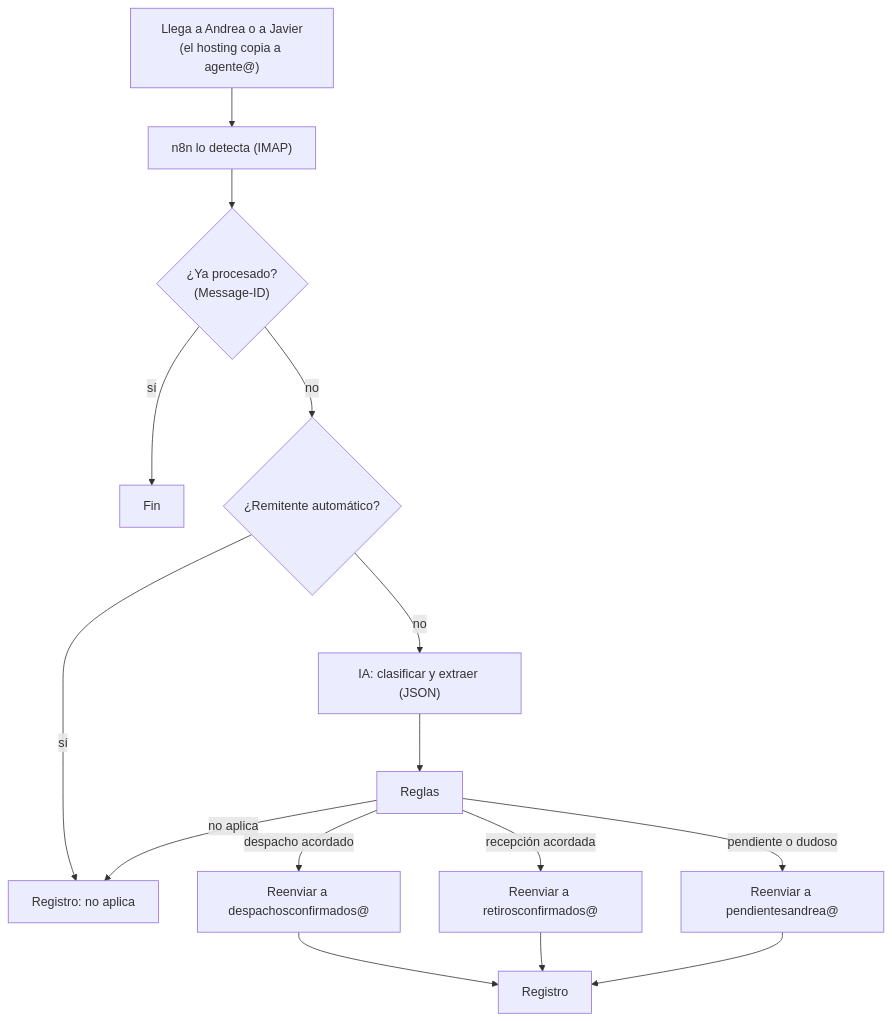
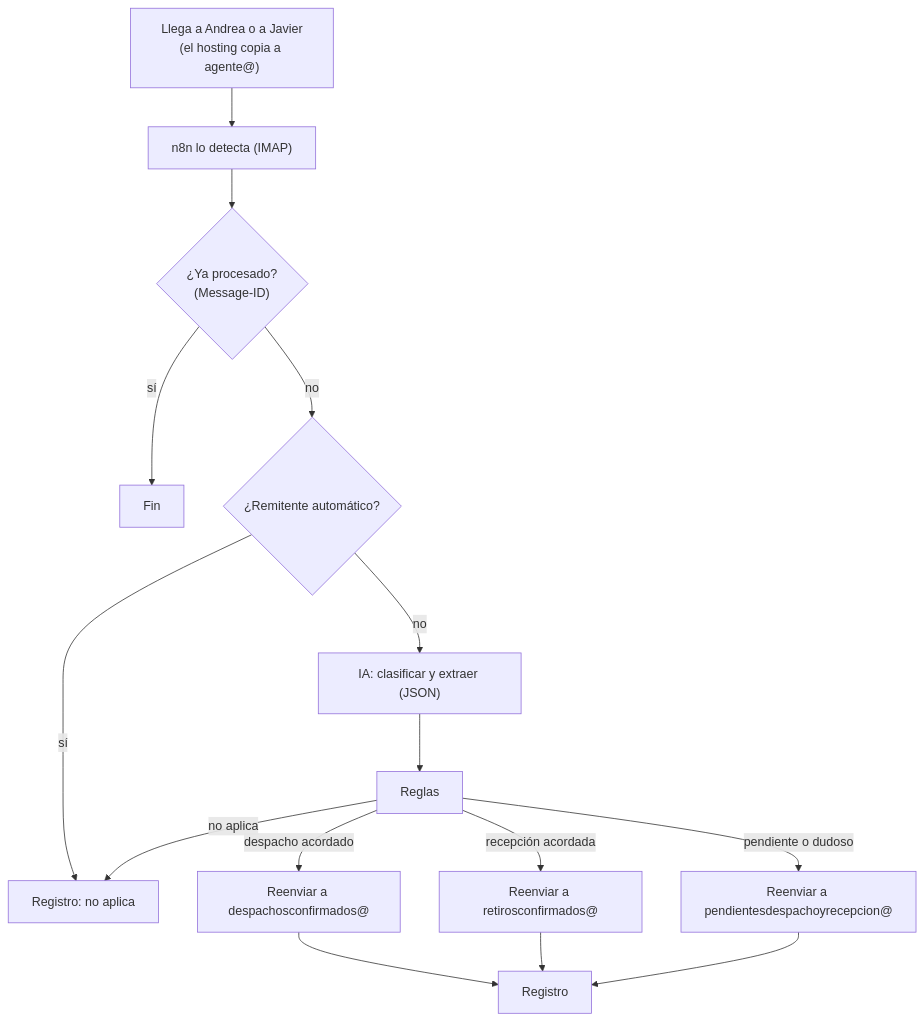
One commit to zhbozzo/alzatec changed the diagram in docs/07-agente-v1.md. Above: the diagram before and after it, drawn with Mermaid. The commit also changed 3 other files, not shown here.

````diff
--- a/docs/07-agente-v1.md
+++ b/docs/07-agente-v1.md
@@ -16,17 +16,17 @@
 ```mermaid
 flowchart TD
   A["Llega a Andrea o a Javier<br/>(el hosting copia a agente@)"] --> B["n8n lo detecta (IMAP)"]
   B --> C{"¿Ya procesado?<br/>(Message-ID)"}
   C -->|sí| Z["Fin"]
   C -->|no| D{"¿Remitente automático?"}
   D -->|sí| L["Registro: no aplica"]
   D -->|no| E["IA: clasificar y extraer (JSON)"]
   E --> F["Reglas"]
   F -->|despacho acordado| G1["Reenviar a despachosconfirmados@"]
   F -->|recepción acordada| G2["Reenviar a retirosconfirmados@"]
-  F -->|pendiente o dudoso| G3["Reenviar a pendientesandrea@"]
+  F -->|pendiente o dudoso| G3["Reenviar a pendientesdespachoyrecepcion@"]
   F -->|no aplica| L
   G1 --> L2["Registro"]
   G2 --> L2
   G3 --> L2
 ```
````
